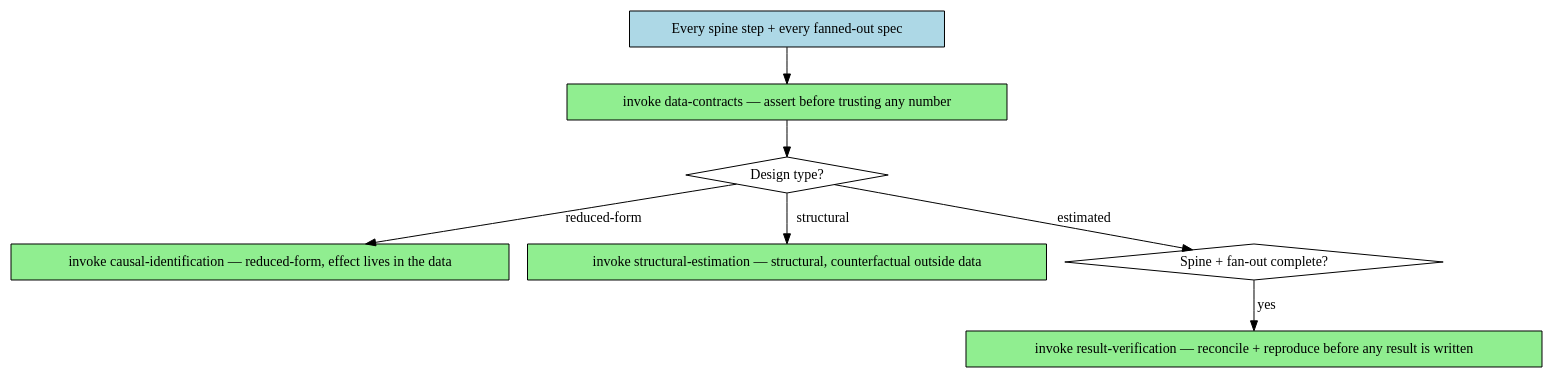
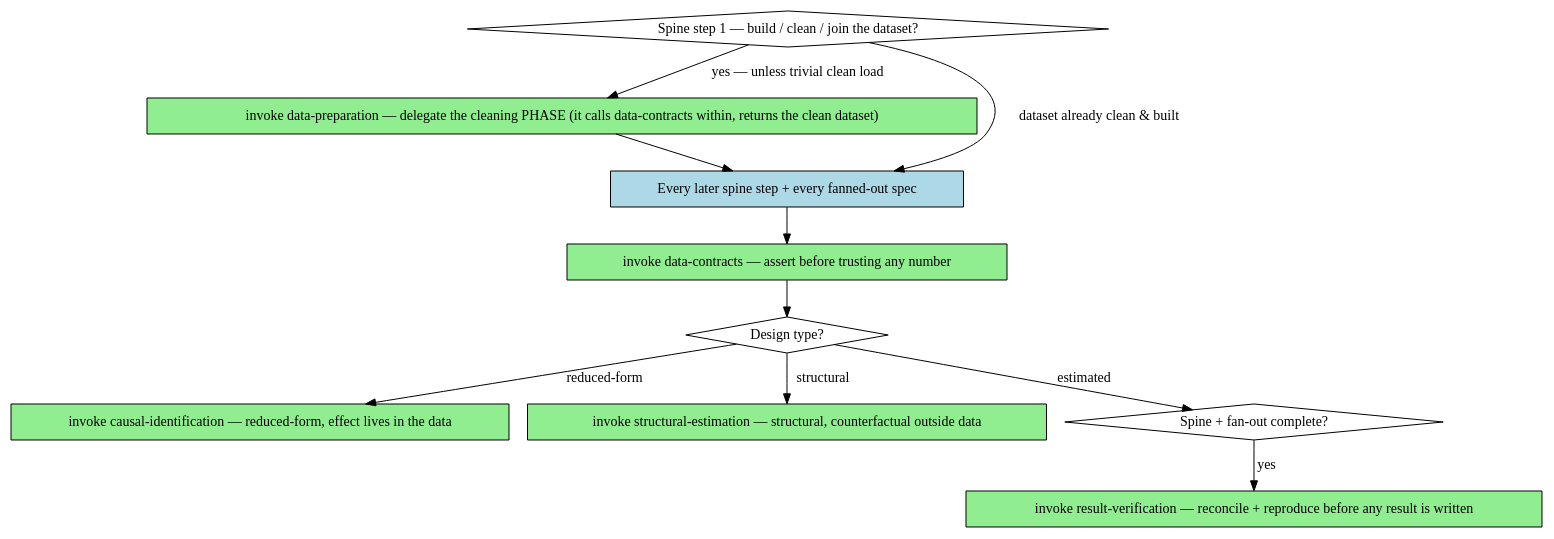
One commit to lancegui/causal-powers changed the diagram in skills/executing-analysis-plans/SKILL.md. Above: the diagram before and after it, drawn with Graphviz. The commit also changed other lines of this file and 2 other files, not shown here.

First line of the commit message:
v0.17.2: make every skill consistent with data-preparation (the post-addition audit)

````diff
--- a/skills/executing-analysis-plans/SKILL.md
+++ b/skills/executing-analysis-plans/SKILL.md
@@ -119,17 +119,22 @@
 ```dot
 digraph executing_next {
-    "Every spine step + every fanned-out spec" [shape=box style=filled fillcolor=lightblue];
+    "Spine step 1 — build / clean / join the dataset?" [shape=diamond];
+    "invoke data-preparation — delegate the cleaning PHASE (it calls data-contracts within, returns the clean dataset)" [shape=box style=filled fillcolor=lightgreen];
+    "Every later spine step + every fanned-out spec" [shape=box style=filled fillcolor=lightblue];
     "invoke data-contracts — assert before trusting any number" [shape=box style=filled fillcolor=lightgreen];
     "Design type?" [shape=diamond];
     "invoke causal-identification — reduced-form, effect lives in the data" [shape=box style=filled fillcolor=lightgreen];
     "invoke structural-estimation — structural, counterfactual outside data" [shape=box style=filled fillcolor=lightgreen];
     "Spine + fan-out complete?" [shape=diamond];
     "invoke result-verification — reconcile + reproduce before any result is written" [shape=box style=filled fillcolor=lightgreen];
-    "Every spine step + every fanned-out spec" -> "invoke data-contracts — assert before trusting any number";
+    "Spine step 1 — build / clean / join the dataset?" -> "invoke data-preparation — delegate the cleaning PHASE (it calls data-contracts within, returns the clean dataset)" [label="yes — unless trivial clean load"];
+    "Spine step 1 — build / clean / join the dataset?" -> "Every later spine step + every fanned-out spec" [label="dataset already clean & built"];
+    "invoke data-preparation — delegate the cleaning PHASE (it calls data-contracts within, returns the clean dataset)" -> "Every later spine step + every fanned-out spec";
+    "Every later spine step + every fanned-out spec" -> "invoke data-contracts — assert before trusting any number";
     "invoke data-contracts — assert before trusting any number" -> "Design type?";
     "Design type?" -> "invoke causal-identification — reduced-form, effect lives in the data" [label="reduced-form"];
     "Design type?" -> "invoke structural-estimation — structural, counterfactual outside data" [label="structural"];
     "Design type?" -> "Spine + fan-out complete?" [label="estimated"];
     "Spine + fan-out complete?" -> "invoke result-verification — reconcile + reproduce before any result is written" [label="yes"];
 }
 ```
````
